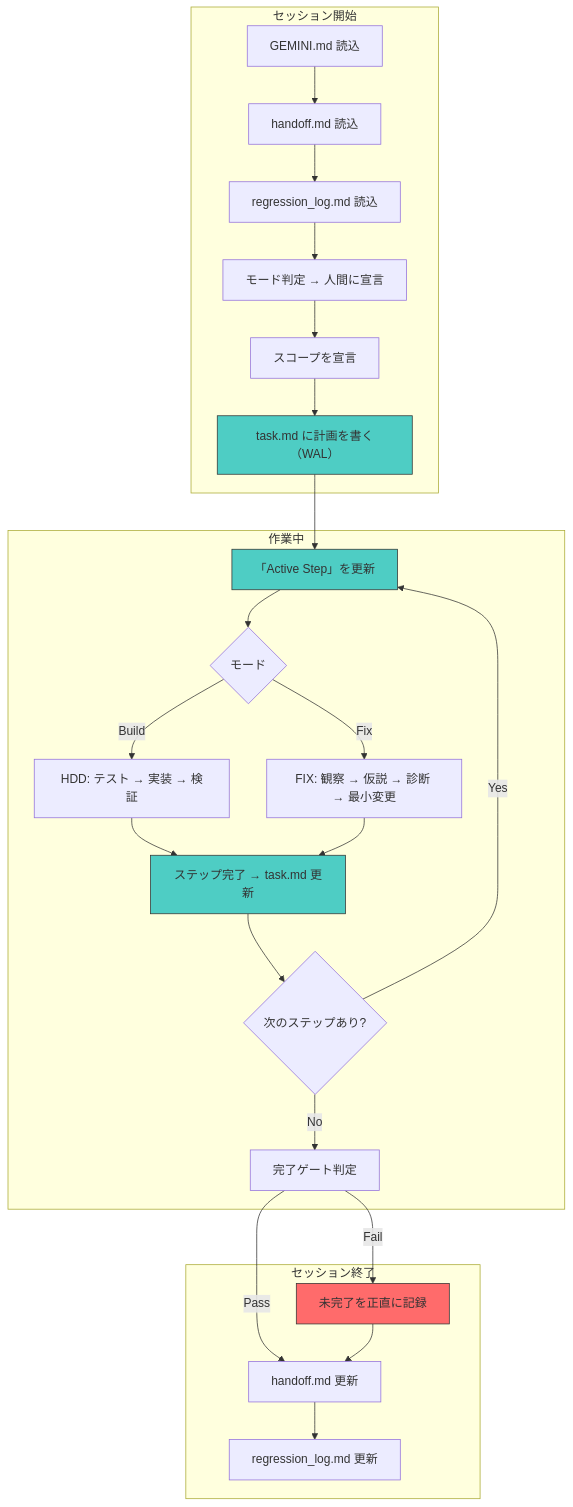
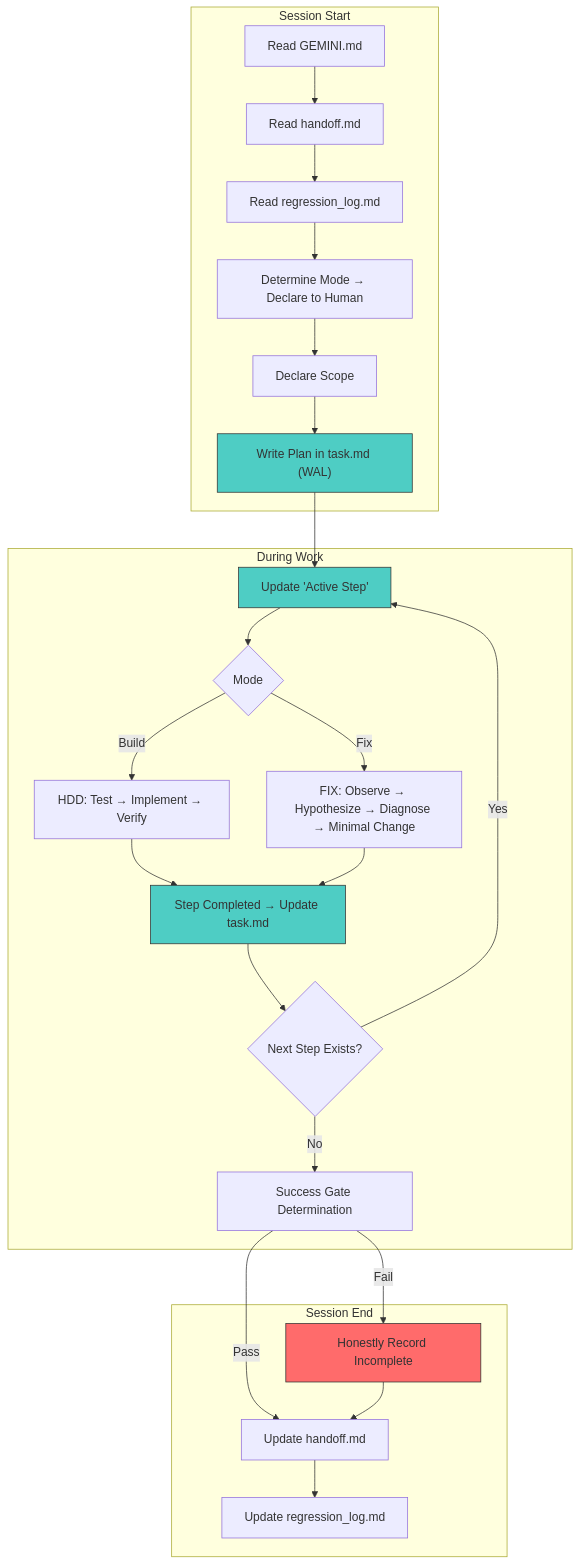
One commit to akahmys/ferruginous changed the diagram in docs/specs/charter_redesign_2026-04-13.md. Above: the diagram before and after it, drawn with Mermaid. The commit also changed other lines of this file and 199 other files, not shown here.

First line of the commit message:
Hardening: Final architectural refactoring and Antigravity rule standardization.

````diff
--- a/docs/specs/charter_redesign_2026-04-13.md
+++ b/docs/specs/charter_redesign_2026-04-13.md
@@ -337,35 +335,35 @@
 ```mermaid
 graph TD
-    subgraph "セッション開始"
-        A1[GEMINI.md 読込] --> A2[handoff.md 読込]
-        A2 --> A3[regression_log.md 読込]
-        A3 --> A4["モード判定 → 人間に宣言"]
-        A4 --> A5[スコープを宣言]
-        A5 --> A6["task.md に計画を書く（WAL）"]
+    subgraph "Session Start"
+        A1[Read GEMINI.md] --> A2[Read handoff.md]
+        A2 --> A3[Read regression_log.md]
+        A3 --> A4["Determine Mode → Declare to Human"]
+        A4 --> A5[Declare Scope]
+        A5 --> A6["Write Plan in task.md (WAL)"]
     end
 
-    subgraph "作業中"
-        A6 --> B1["「Active Step」を更新"]
-        B1 --> B2{モード}
-        B2 -->|Build| B3["HDD: テスト → 実装 → 検証"]
-        B2 -->|Fix| B4["FIX: 観察 → 仮説 → 診断 → 最小変更"]
-        B3 --> B5["ステップ完了 → task.md 更新"]
+    subgraph "During Work"
+        A6 --> B1["Update 'Active Step'"]
+        B1 --> B2{Mode}
+        B2 -->|Build| B3["HDD: Test → Implement → Verify"]
+        B2 -->|Fix| B4["FIX: Observe → Hypothesize → Diagnose → Minimal Change"]
+        B3 --> B5["Step Completed → Update task.md"]
         B4 --> B5
-        B5 --> B6{次のステップあり?}
+        B5 --> B6{Next Step Exists?}
         B6 -->|Yes| B1
         B6 -->|No| C1
     end
 
-    subgraph "セッション終了"
-        C1[完了ゲート判定]
-        C1 -->|Pass| C2[handoff.md 更新]
-        C1 -->|Fail| C3["未完了を正直に記録"]
+    subgraph "Session End"
+        C1[Success Gate Determination]
+        C1 -->|Pass| C2[Update handoff.md]
+        C1 -->|Fail| C3["Honestly Record Incomplete"]
         C3 --> C2
-        C2 --> C4[regression_log.md 更新]
+        C2 --> C4[Update regression_log.md]
     end
 
     style A6 fill:#4ecdc4,stroke:#333
     style B1 fill:#4ecdc4,stroke:#333
     style B5 fill:#4ecdc4,stroke:#333
     style C3 fill:#ff6b6b,stroke:#333
 ```
````
